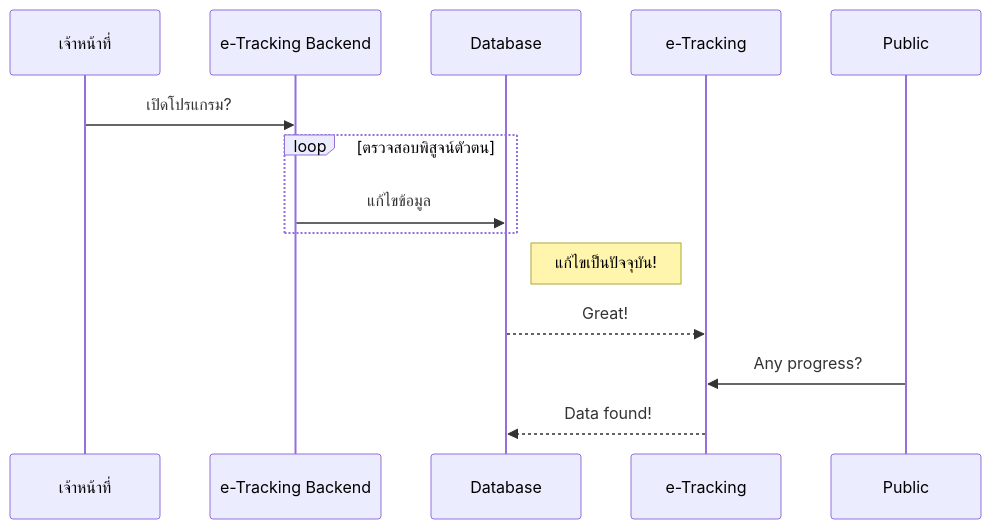
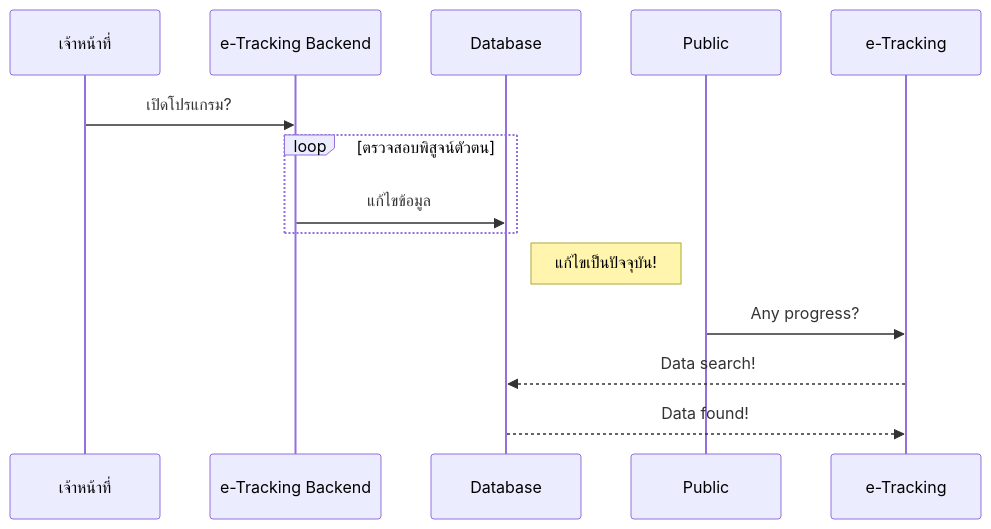
The second of 2 diagrams in README.md (Kietpawpan/e-tracking), drawn with Mermaid before and after one commit.

````diff
--- a/README.md
+++ b/README.md
@@ -28,11 +28,11 @@
 ```mermaid
 sequenceDiagram
 เจ้าหน้าที่->>e-Tracking Backend: เปิดโปรแกรม?
 loop ตรวจสอบพิสูจน์ตัวตน
     e-Tracking Backend->>Database: แก้ไขข้อมูล
 end
 Note right of Database: แก้ไขเป็นปัจจุบัน!
-Database-->>e-Tracking: Great!
 Public->>e-Tracking: Any progress?
-e-Tracking-->>Database: Data found!
+e-Tracking-->>Database: Data search!
+Database-->>e-Tracking: Data found!
 ```
````
